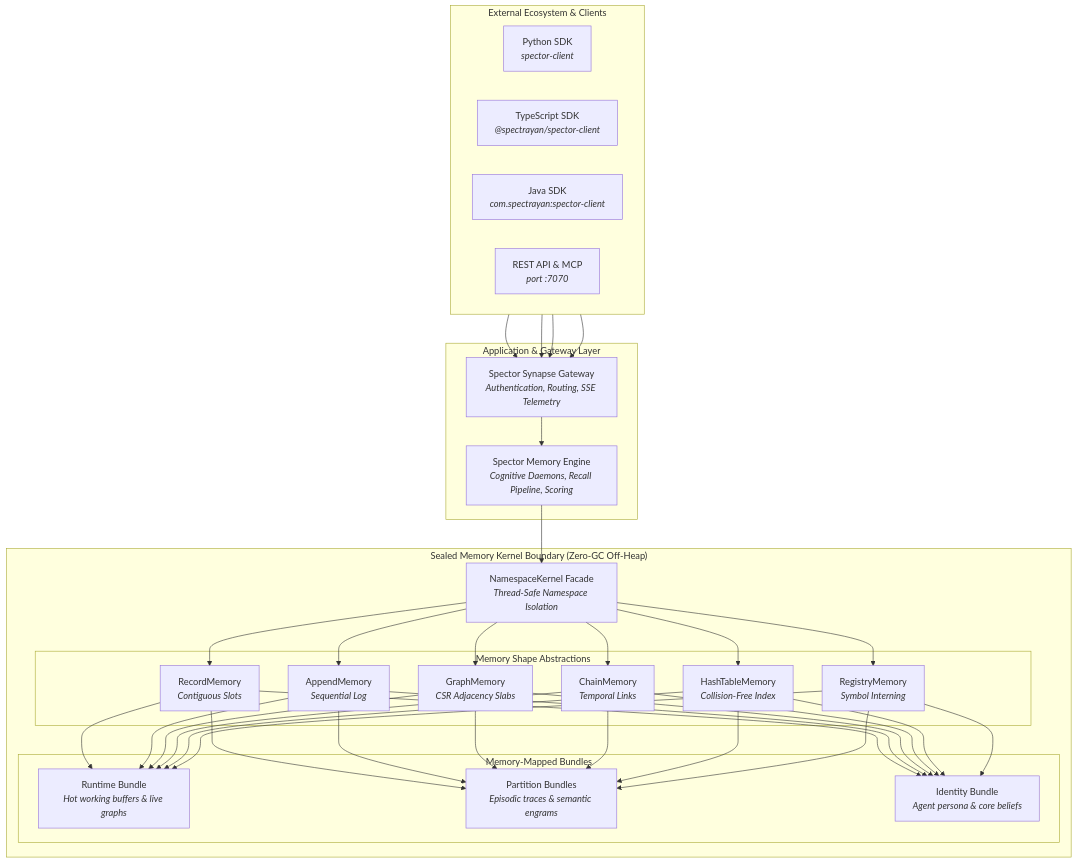
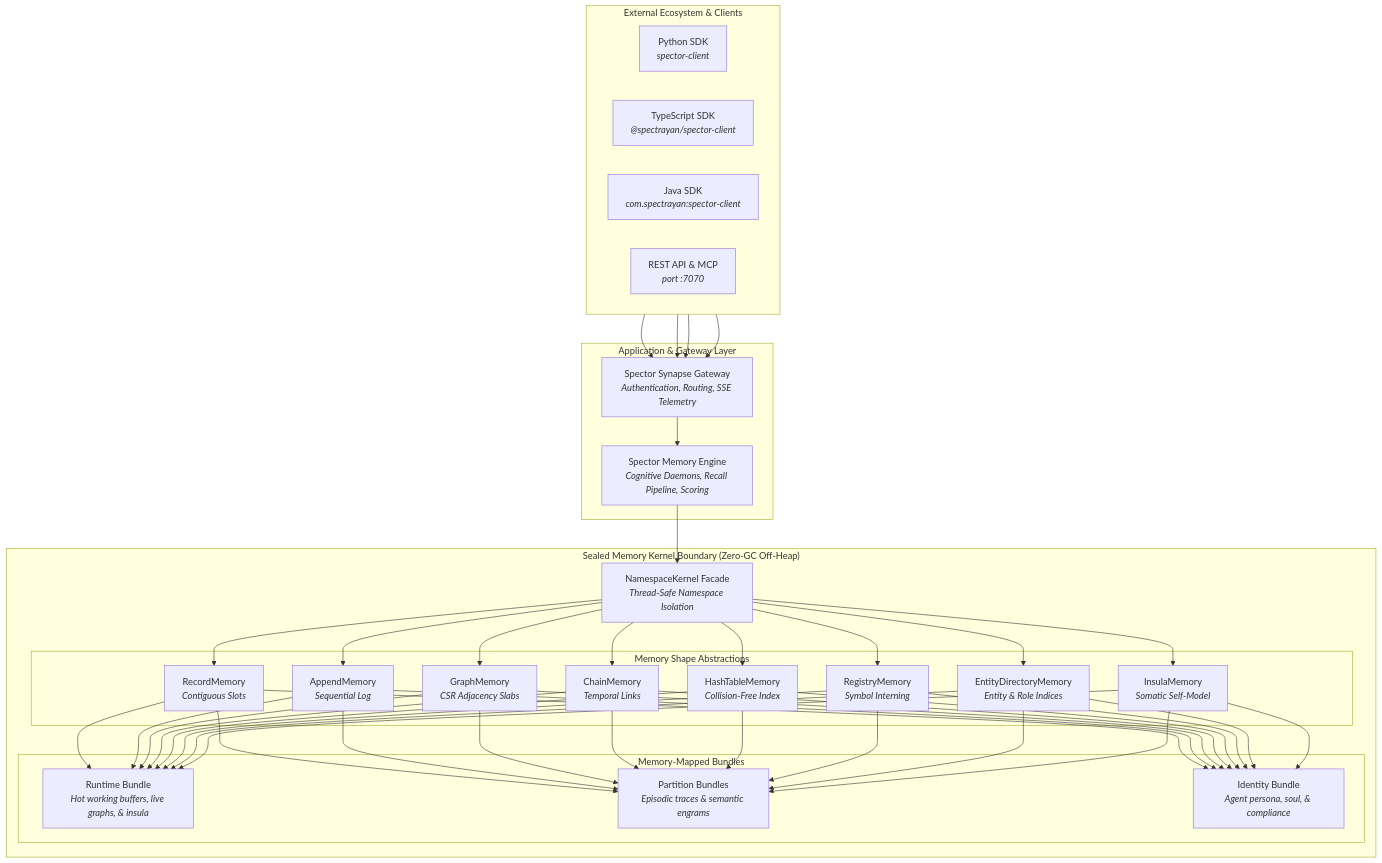
Before and after one commit to spectrayan/spector: the diagram in docs/docs/kernel/index.md, drawn with Mermaid. The commit also changed other lines of this file and 6 other files, not shown here.

First line of the commit message:
docs(kernel): document InsulaMemory and decoupled identity plane hierarchy

````diff
--- a/docs/docs/kernel/index.md
+++ b/docs/docs/kernel/index.md
@@ -18,40 +18,42 @@
 ```mermaid
 graph TB
     subgraph "External Ecosystem & Clients"
         direction LR
         PY["Python SDK<br/><i>spector-client</i>"]
         TS["TypeScript SDK<br/><i>@spectrayan/spector-client</i>"]
         JV["Java SDK<br/><i>com.spectrayan:spector-client</i>"]
         REST["REST API & MCP<br/><i>port :7070</i>"]
     end
 
     subgraph "Application & Gateway Layer"
         SYN["Spector Synapse Gateway<br/><i>Authentication, Routing, SSE Telemetry</i>"]
         COG["Spector Memory Engine<br/><i>Cognitive Daemons, Recall Pipeline, Scoring</i>"]
     end
 
     subgraph "Sealed Memory Kernel Boundary (Zero-GC Off-Heap)"
         NK["NamespaceKernel Facade<br/><i>Thread-Safe Namespace Isolation</i>"]
         
         subgraph "Memory Shape Abstractions"
             RM["RecordMemory<br/><i>Contiguous Slots</i>"]
             AM["AppendMemory<br/><i>Sequential Log</i>"]
             GM["GraphMemory<br/><i>CSR Adjacency Slabs</i>"]
             CM["ChainMemory<br/><i>Temporal Links</i>"]
             HM["HashTableMemory<br/><i>Collision-Free Index</i>"]
             YM["RegistryMemory<br/><i>Symbol Interning</i>"]
+            EM["EntityDirectoryMemory<br/><i>Entity & Role Indices</i>"]
+            IM["InsulaMemory<br/><i>Somatic Self-Model</i>"]
         end
 
         subgraph "Memory-Mapped Bundles"
-            RB["Runtime Bundle<br/><i>Hot working buffers & live graphs</i>"]
+            RB["Runtime Bundle<br/><i>Hot working buffers, live graphs, & insula</i>"]
             PB["Partition Bundles<br/><i>Episodic traces & semantic engrams</i>"]
-            IB["Identity Bundle<br/><i>Agent persona & core beliefs</i>"]
+            IB["Identity Bundle<br/><i>Agent persona, soul, & compliance</i>"]
         end
     end
 
     PY & TS & JV & REST --> SYN
     SYN --> COG
     COG --> NK
-    NK --> RM & AM & GM & CM & HM & YM
-    RM & AM & GM & CM & HM & YM --> RB & PB & IB
+    NK --> RM & AM & GM & CM & HM & YM & EM & IM
+    RM & AM & GM & CM & HM & YM & EM & IM --> RB & PB & IB
 ```
````
